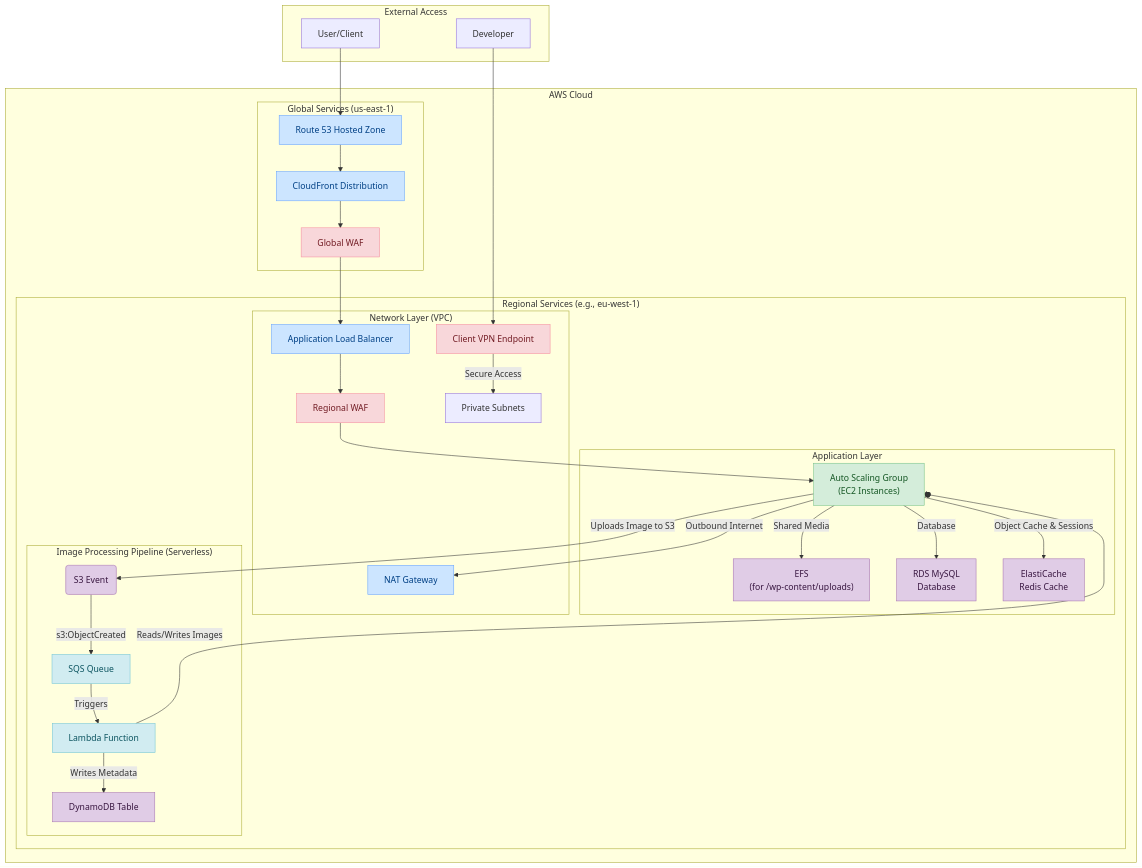
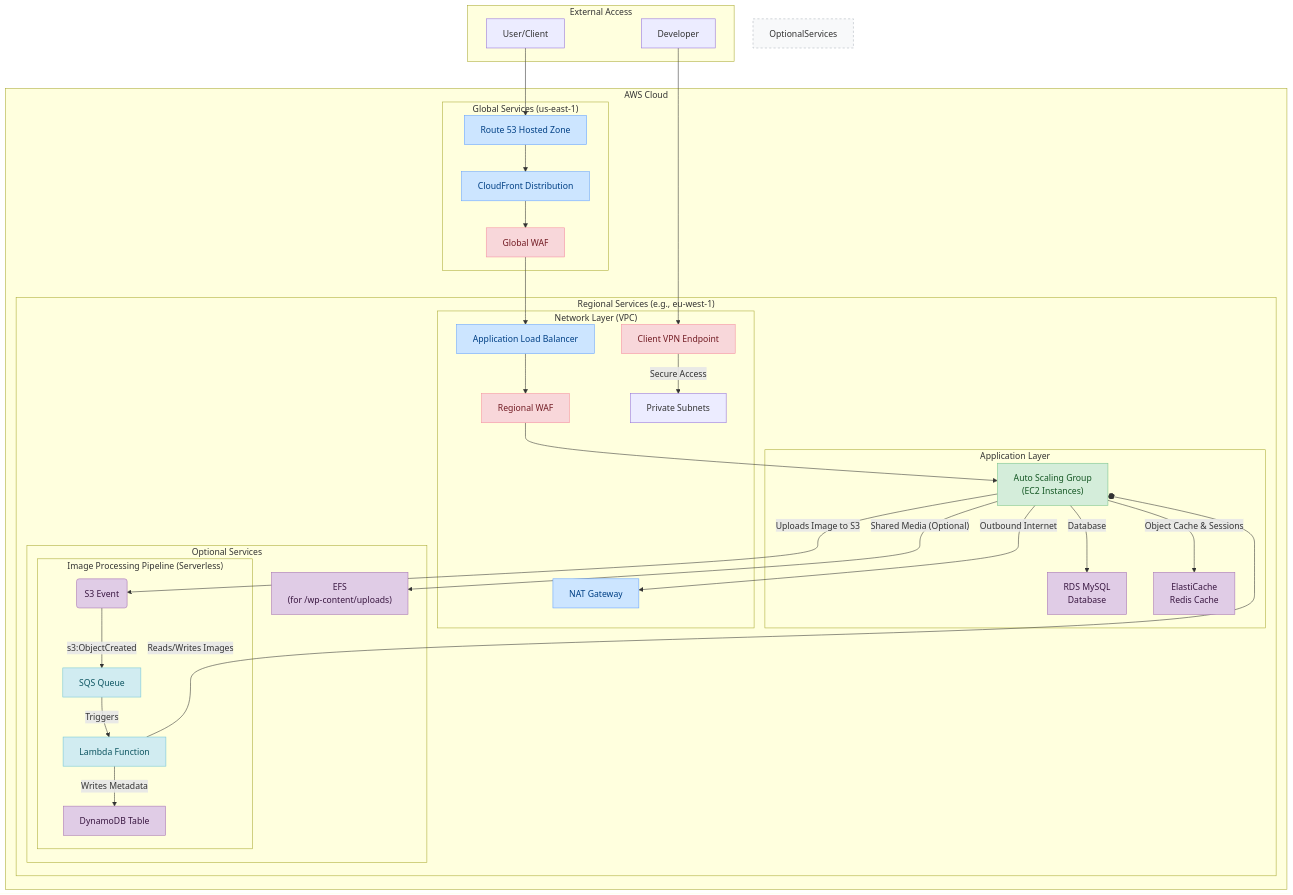
Before and after one commit to hetmanskyi-cloud/AWS: the diagram in terraform/README.md, drawn with Mermaid. The commit also changed other lines of this file and 7 other files, not shown here.

````diff
--- a/terraform/README.md
+++ b/terraform/README.md
@@ -43,77 +43,81 @@
 ```mermaid
 graph TD
     subgraph "External Access"
         User[User/Client]
         Developer[Developer]
     end
 
     subgraph "AWS Cloud"
         subgraph "Global Services (us-east-1)"
             Route53[Route 53 Hosted Zone]
             CloudFront[CloudFront Distribution]
             WAF_Global[Global WAF]
         end
 
         subgraph "Regional Services (e.g., eu-west-1)"
             subgraph "Network Layer (VPC)"
                 ClientVPN[Client VPN Endpoint]
                 ALB[Application Load Balancer]
                 WAF_Regional[Regional WAF]
                 NAT[NAT Gateway]
                 PrivateSubnets["Private Subnets"]
             end
 
             subgraph "Application Layer"
                 ASG["Auto Scaling Group<br/>(EC2 Instances)"]
-                EFS["EFS<br/>(for /wp-content/uploads)"]
                 RDS["RDS MySQL<br/>Database"]
                 Redis["ElastiCache<br/>Redis Cache"]
             end
 
-            subgraph "Image Processing Pipeline (Serverless)"
-                S3_Events(S3 Event)
-                SQS[SQS Queue]
-                Lambda[Lambda Function]
-                DynamoDB[DynamoDB Table]
+            subgraph "Optional Services"
+                style OptionalServices fill:#f8f9fa,stroke:#adb5bd,stroke-dasharray: 4 4
+                EFS["EFS<br/>(for /wp-content/uploads)"]
+
+                subgraph "Image Processing Pipeline (Serverless)"
+                    S3_Events(S3 Event)
+                    SQS[SQS Queue]
+                    Lambda[Lambda Function]
+                    DynamoDB[DynamoDB Table]
+                end
             end
         end
     end
 
     %% Traffic Flow
     User --> Route53
     Route53 --> CloudFront
     CloudFront --> WAF_Global
     WAF_Global --> ALB
     ALB --> WAF_Regional
     WAF_Regional --> ASG
 
     %% Internal Application Dependencies
     ASG -->|"Database"| RDS
     ASG -->|"Object Cache & Sessions"| Redis
-    ASG -->|"Shared Media"| EFS
+    ASG -->|"Shared Media (Optional)"| EFS
     ASG -->|"Outbound Internet"| NAT
 
     %% Image Processing Flow
     ASG -- "Uploads Image to S3" --> S3_Events
     S3_Events -- "s3:ObjectCreated" --> SQS
     SQS -- "Triggers" --> Lambda
     Lambda -- "Writes Metadata" --> DynamoDB
     Lambda -- "Reads/Writes Images" --o ASG
 
     %% Developer Access
     Developer --> ClientVPN
     ClientVPN -- "Secure Access" --> PrivateSubnets
 
     %% Styling
     classDef security fill:#f8d7da,stroke:#f58fa0,color:#721c24
     classDef network fill:#cce5ff,stroke:#66a3ff,color:#004085
     classDef compute fill:#d4edda,stroke:#77c289,color:#155724
     classDef data fill:#e0cce6,stroke:#a673b2,color:#381640
     classDef serverless fill:#d1ecf1,stroke:#74c6d4,color:#0c5460
 
     class WAF_Global,WAF_Regional,ClientVPN security
     class Route53,CloudFront,ALB,NAT,VPC network
     class ASG,EC2 compute
     class RDS,Redis,EFS,DynamoDB,S3_Events data
     class SQS,Lambda serverless
 ```
````
